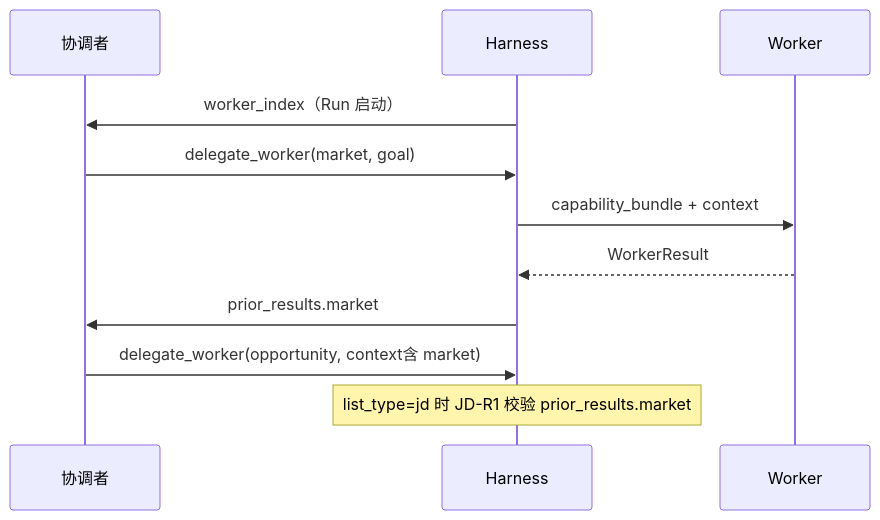
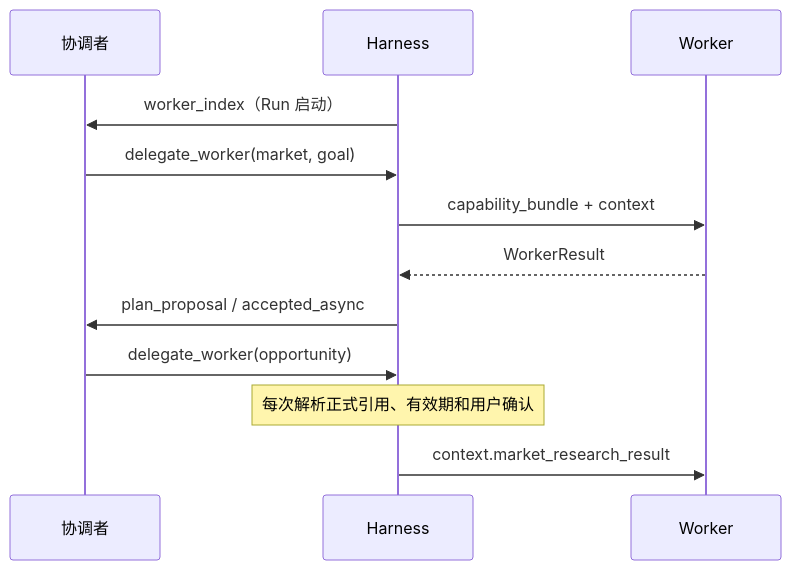
One commit to CatNum/AI-Optimized-Resume-V2 changed the third of 4 diagrams in docs/architecture/02-平台服务.md. Above: the diagram before and after it, drawn with Mermaid. The commit also changed other lines of this file and 29 other files, not shown here.

````diff
--- a/docs/architecture/02-平台服务.md
+++ b/docs/architecture/02-平台服务.md
@@ -127,14 +127,15 @@
 ```mermaid
 sequenceDiagram
   participant C as 协调者
   participant H as Harness
   participant W as Worker
 
   H->>C: worker_index（Run 启动）
   C->>H: delegate_worker(market, goal)
   H->>W: capability_bundle + context
   W-->>H: WorkerResult
-  H->>C: prior_results.market
-  C->>H: delegate_worker(opportunity, context含 market)
-  Note over H: list_type=jd 时 JD-R1 校验 prior_results.market
+  H->>C: plan_proposal / accepted_async
+  C->>H: delegate_worker(opportunity)
+  Note over H: 每次解析正式引用、有效期和用户确认
+  H->>W: context.market_research_result
 ```
````
